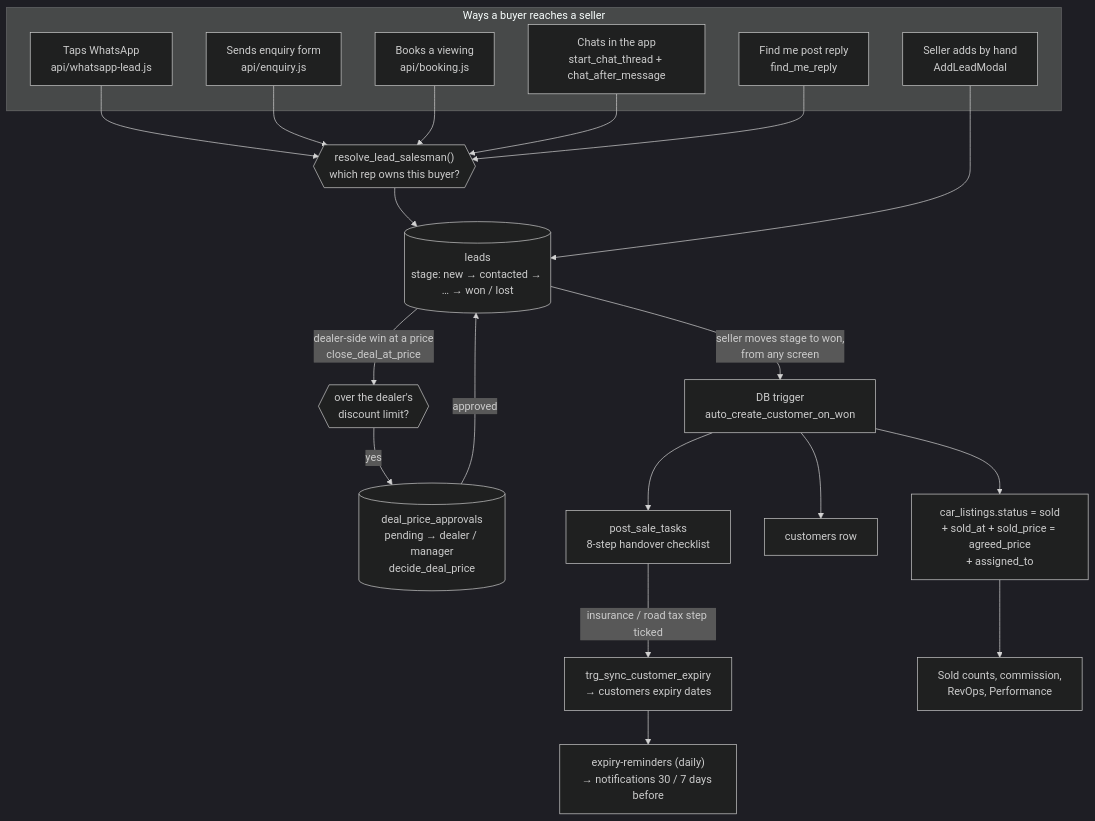
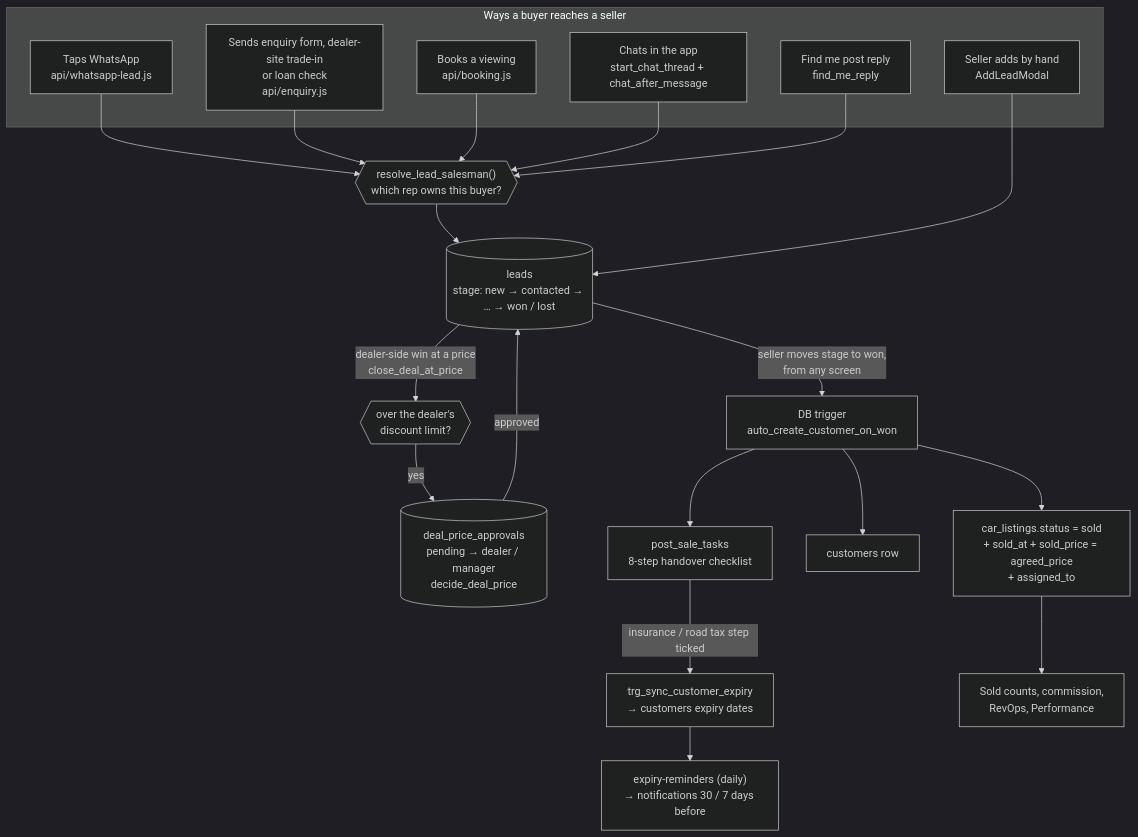
Before and after one commit to auzyvyth/ShiftOS: the second of 7 diagrams in docs/ARCHITECTURE.md, drawn with Mermaid (dark theme). The commit also changed other lines of this file and 143 other files, not shown here.

First line of the commit message:
Release 2026-11-21: dealer site designer, header/footer versions, phase B + C on, loan check fixes (#611)

````diff
--- a/docs/ARCHITECTURE.md
+++ b/docs/ARCHITECTURE.md
@@ -102,29 +102,29 @@
 ```mermaid
 flowchart TD
   subgraph In["Ways a buyer reaches a seller"]
     W["Taps WhatsApp<br/>api/whatsapp-lead.js"]
-    E["Sends enquiry form<br/>api/enquiry.js"]
+    E["Sends enquiry form, dealer-site trade-in<br/>or loan check<br/>api/enquiry.js"]
     BK["Books a viewing<br/>api/booking.js"]
     CH["Chats in the app<br/>start_chat_thread + chat_after_message"]
     FM["Find me post reply<br/>find_me_reply"]
     MAN["Seller adds by hand<br/>AddLeadModal"]
   end
 
   R{{"resolve_lead_salesman()<br/>which rep owns this buyer?"}}
   L[("leads<br/>stage: new → contacted → … → won / lost")]
 
   W & E & BK & CH & FM --> R --> L
   MAN --> L
 
   L -->|dealer-side win at a price<br/>close_deal_at_price| G{{"over the dealer's<br/>discount limit?"}}
   G -->|yes| PA[("deal_price_approvals<br/>pending → dealer / manager<br/>decide_deal_price")]
   PA -->|approved| L
   L -->|seller moves stage to won,<br/>from any screen| T["DB trigger<br/>auto_create_customer_on_won"]
   T --> S1["car_listings.status = sold<br/>+ sold_at + sold_price = agreed_price<br/>+ assigned_to"]
   T --> S2["customers row"]
   T --> S3["post_sale_tasks<br/>8-step handover checklist"]
   S3 -->|insurance / road tax step ticked| X["trg_sync_customer_expiry<br/>→ customers expiry dates"]
   X --> RM["expiry-reminders (daily)<br/>→ notifications 30 / 7 days before"]
 
   S1 --> REP["Sold counts, commission,<br/>RevOps, Performance"]
 ```
````
